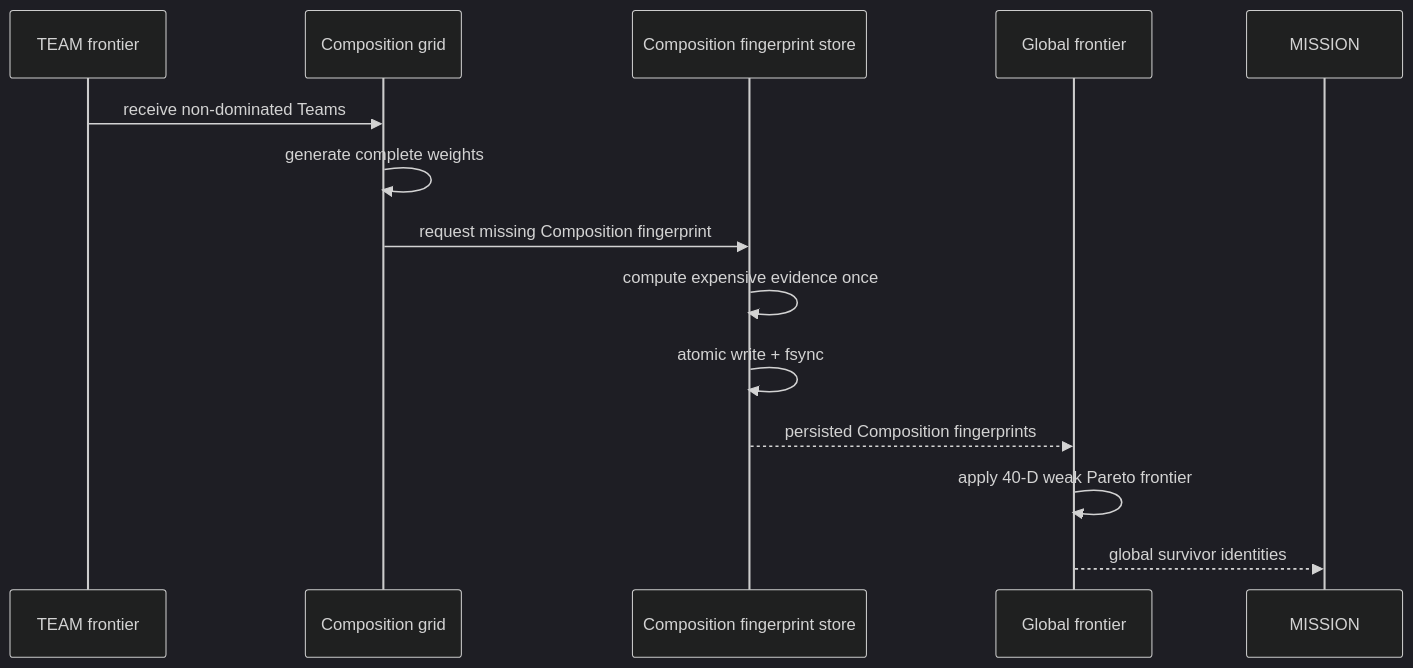
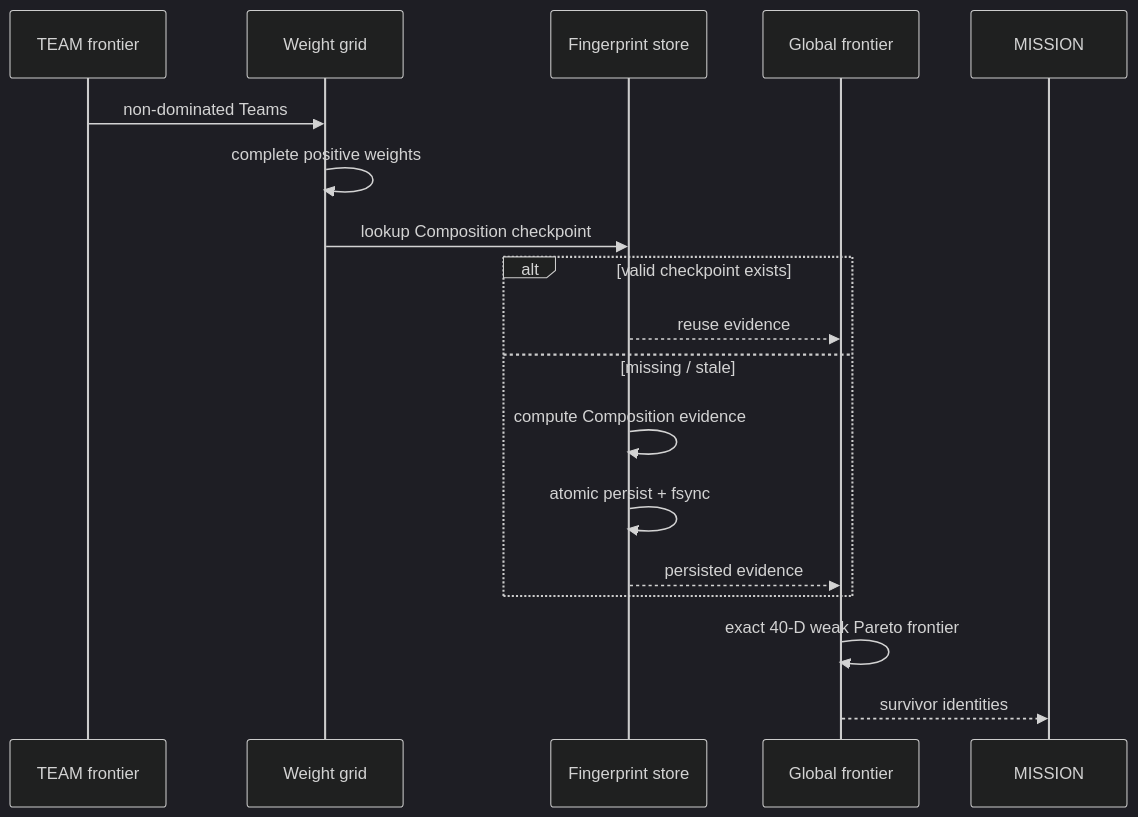
Before and after one commit to rrajeshkannan/lakshya: the seventh of 13 diagrams in docs/Lakshya_Pipeline_Sequence.md, drawn with Mermaid (dark theme). The commit also changed other lines of this file, not shown here.

Commit message:
DOCS: extend pipeline sequence through transition boundary

````diff
--- a/docs/Lakshya_Pipeline_Sequence.md
+++ b/docs/Lakshya_Pipeline_Sequence.md
@@ -251,17 +216,21 @@
 ```mermaid
 sequenceDiagram
     participant TEAM as TEAM frontier
-    participant Grid as Composition grid
-    participant Store as Composition fingerprint store
+    participant Grid as Weight grid
+    participant Store as Fingerprint store
     participant Global as Global frontier
     participant MISSION as MISSION
 
-    TEAM->>Grid: receive non-dominated Teams
-    Grid->>Grid: generate complete weights
-    Grid->>Store: request missing Composition fingerprint
-    Store->>Store: compute expensive evidence once
-    Store->>Store: atomic write + fsync
-    Store-->>Global: persisted Composition fingerprints
-    Global->>Global: apply 40-D weak Pareto frontier
-    Global-->>MISSION: global survivor identities
+    TEAM->>Grid: non-dominated Teams
+    Grid->>Grid: complete positive weights
+    Grid->>Store: lookup Composition checkpoint
+    alt valid checkpoint exists
+        Store-->>Global: reuse evidence
+    else missing / stale
+        Store->>Store: compute Composition evidence
+        Store->>Store: atomic persist + fsync
+        Store-->>Global: persisted evidence
+    end
+    Global->>Global: exact 40-D weak Pareto frontier
+    Global-->>MISSION: survivor identities
 ```
````
